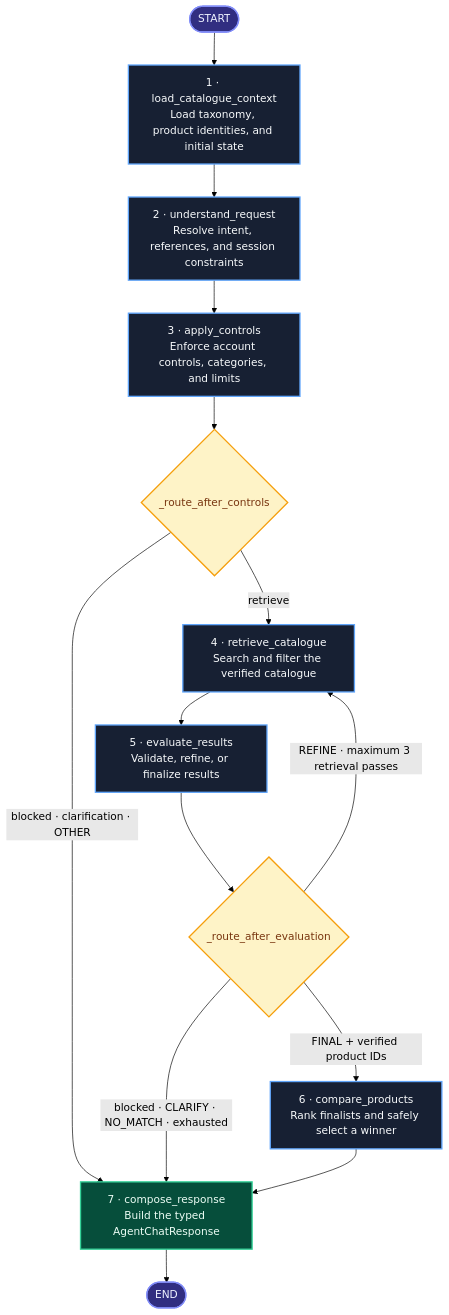
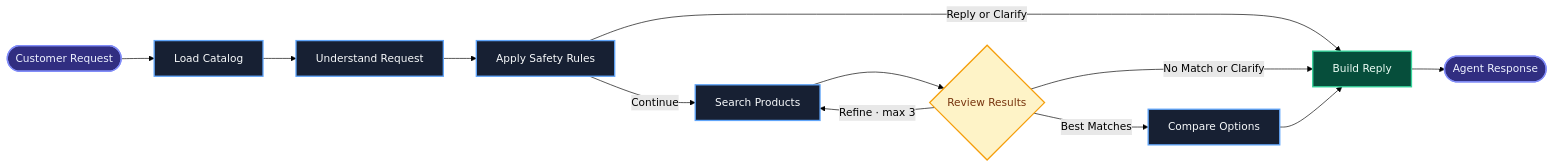
One commit to 23110572-hash/Shopy changed the first of 2 diagrams in README.md. Above: the diagram before and after it, drawn with Mermaid (forest theme). The commit also changed other lines of this file, not shown here.

Commit message:
Simplify LangGraph README diagram

````diff
--- a/README.md
+++ b/README.md
@@ -204,29 +204,27 @@
 ```mermaid
-flowchart TD
-    START([START]) --> LOAD["1 · load_catalogue_context<br/>Load taxonomy, product identities, and initial state"]
-    LOAD --> UNDERSTAND["2 · understand_request<br/>Resolve intent, references, and session constraints"]
-    UNDERSTAND --> CONTROLS["3 · apply_controls<br/>Enforce account controls, categories, and limits"]
+flowchart LR
+    REQUEST([Customer Request]) --> CONTEXT[Load Catalog]
+    CONTEXT --> UNDERSTAND[Understand Request]
+    UNDERSTAND --> CONTROLS[Apply Safety Rules]
 
-    CONTROLS --> CONTROL_ROUTE{"_route_after_controls"}
-    CONTROL_ROUTE -->|"blocked · clarification · OTHER"| COMPOSE
-    CONTROL_ROUTE -->|"retrieve"| RETRIEVE["4 · retrieve_catalogue<br/>Search and filter the verified catalogue"]
+    CONTROLS -->|Continue| SEARCH[Search Products]
+    CONTROLS -->|Reply or Clarify| RESPONSE[Build Reply]
 
-    RETRIEVE --> EVALUATE["5 · evaluate_results<br/>Validate, refine, or finalize results"]
-    EVALUATE --> EVALUATION_ROUTE{"_route_after_evaluation"}
-    EVALUATION_ROUTE -->|"REFINE · maximum 3 retrieval passes"| RETRIEVE
-    EVALUATION_ROUTE -->|"FINAL + verified product IDs"| COMPARE["6 · compare_products<br/>Rank finalists and safely select a winner"]
-    EVALUATION_ROUTE -->|"blocked · CLARIFY · NO_MATCH · exhausted"| COMPOSE
+    SEARCH --> REVIEW{Review Results}
+    REVIEW -->|Refine · max 3| SEARCH
+    REVIEW -->|Best Matches| COMPARE[Compare Options]
+    REVIEW -->|No Match or Clarify| RESPONSE
 
-    COMPARE --> COMPOSE["7 · compose_response<br/>Build the typed AgentChatResponse"]
-    COMPOSE --> END([END])
+    COMPARE --> RESPONSE
+    RESPONSE --> END([Agent Response])
 
-    classDef process fill:#172033,color:#f8fafc,stroke:#60a5fa,stroke-width:2px;
-    classDef control fill:#fef3c7,color:#78350f,stroke:#f59e0b,stroke-width:2px;
+    classDef step fill:#172033,color:#f8fafc,stroke:#60a5fa,stroke-width:2px;
+    classDef decision fill:#fef3c7,color:#78350f,stroke:#f59e0b,stroke-width:2px;
     classDef response fill:#064e3b,color:#ecfdf5,stroke:#34d399,stroke-width:2px;
     classDef terminal fill:#312e81,color:#eef2ff,stroke:#818cf8,stroke-width:2px;
 
-    class LOAD,UNDERSTAND,CONTROLS,RETRIEVE,EVALUATE,COMPARE process;
-    class CONTROL_ROUTE,EVALUATION_ROUTE control;
-    class COMPOSE response;
-    class START,END terminal;
+    class CONTEXT,UNDERSTAND,CONTROLS,SEARCH,COMPARE step;
+    class REVIEW decision;
+    class RESPONSE response;
+    class REQUEST,END terminal;
 ```
````
